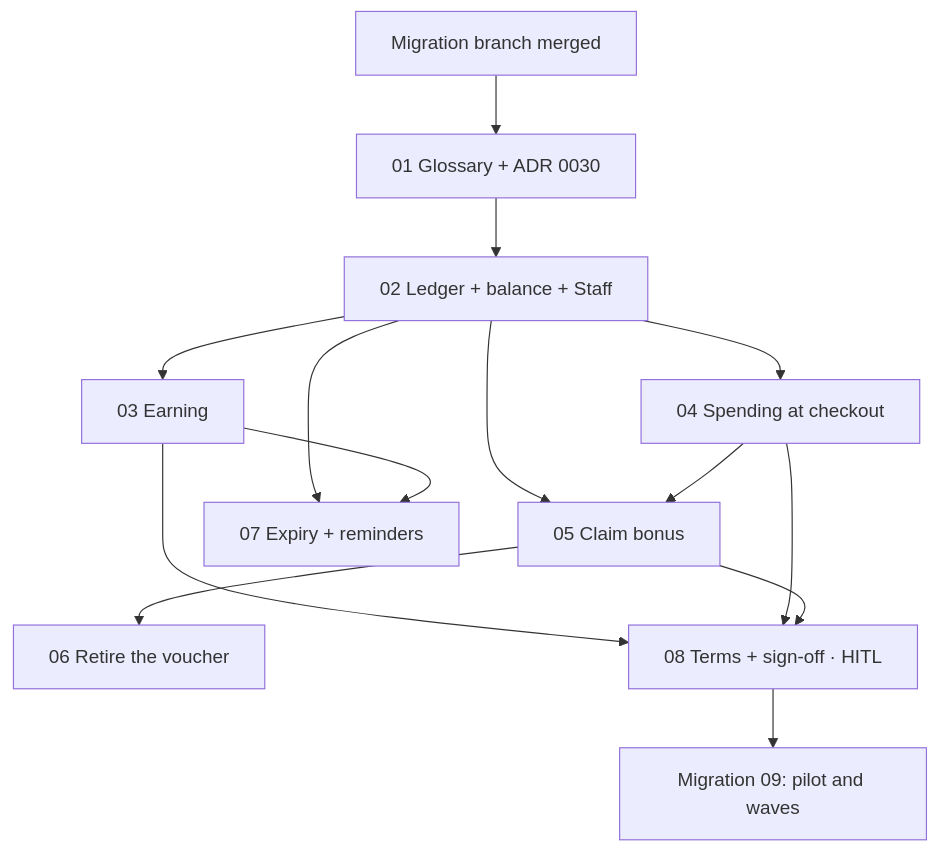
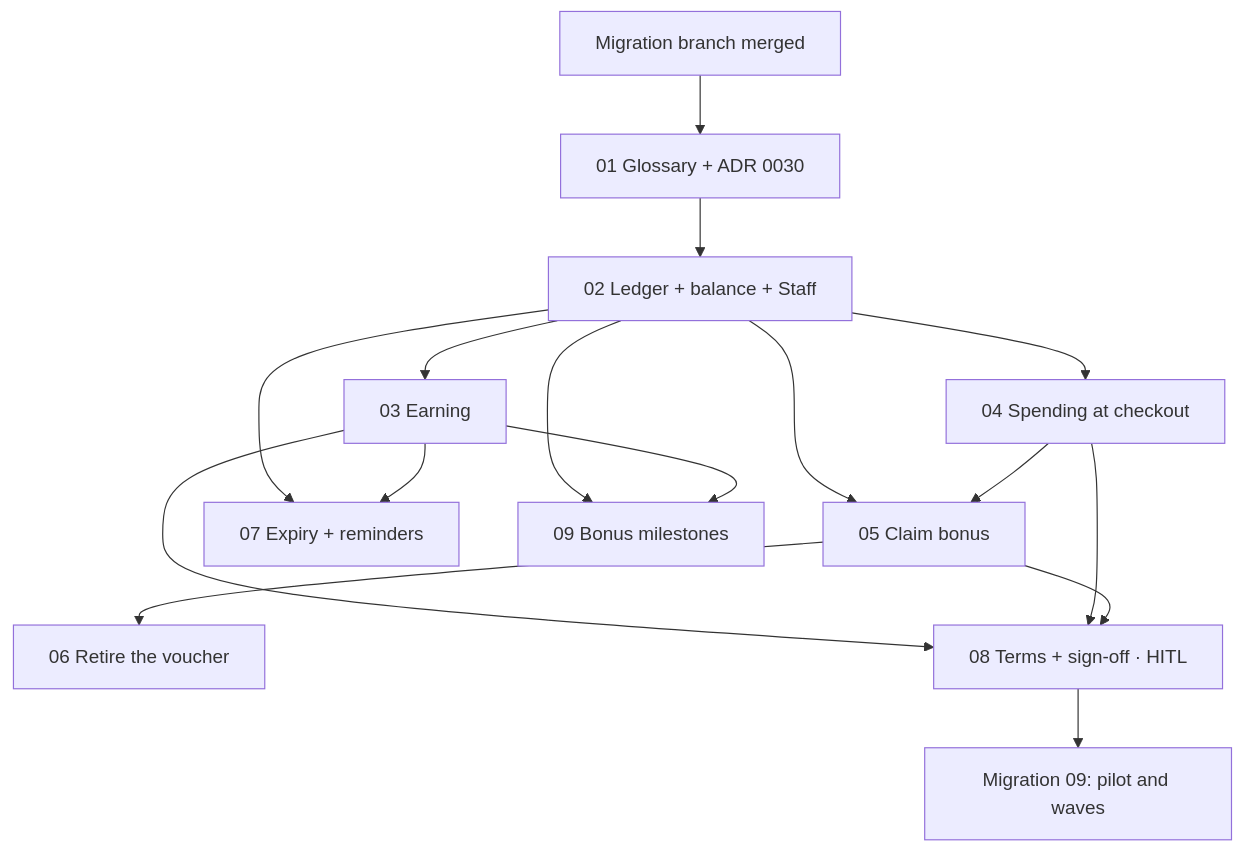
One commit to ivanyeors/mp changed the diagram in .claude/PRD-loyalty-points/issues/README.md. Above: the diagram before and after it, drawn with Mermaid. The commit also changed other lines of this file and 45 other files, not shown here.

````diff
--- a/.claude/PRD-loyalty-points/issues/README.md
+++ b/.claude/PRD-loyalty-points/issues/README.md
@@ -29,27 +30,30 @@
 ```mermaid
 graph TD
   mig[Migration branch merged]
   s01[01 Glossary + ADR 0030]
   s02[02 Ledger + balance + Staff]
   s03[03 Earning]
   s04[04 Spending at checkout]
   s05[05 Claim bonus]
   s06[06 Retire the voucher]
   s07[07 Expiry + reminders]
   s08[08 Terms + sign-off · HITL]
+  s09[09 Bonus milestones]
   m09[Migration 09: pilot and waves]
 
   mig --> s01
   s01 --> s02
   s02 --> s03
   s02 --> s04
   s02 --> s05
   s04 --> s05
   s05 --> s06
   s02 --> s07
   s03 --> s07
   s03 --> s08
   s04 --> s08
   s05 --> s08
+  s02 --> s09
+  s03 --> s09
   s08 --> m09
 ```
````
